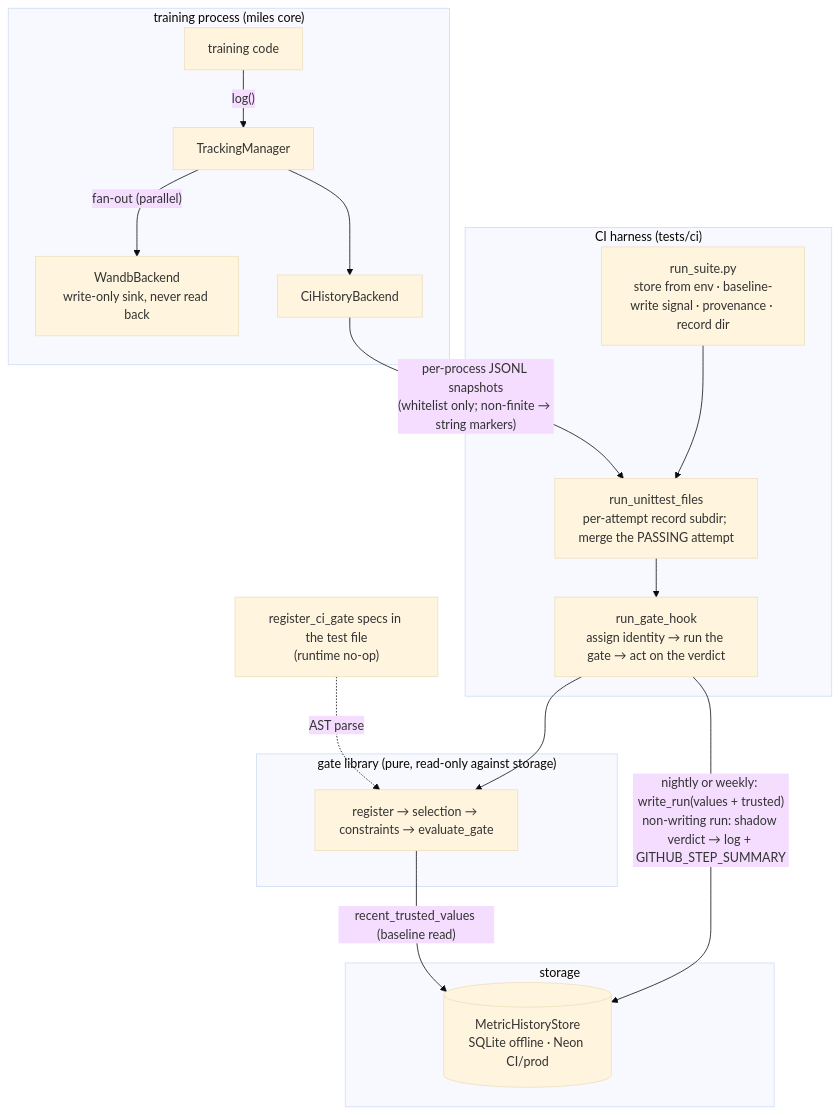
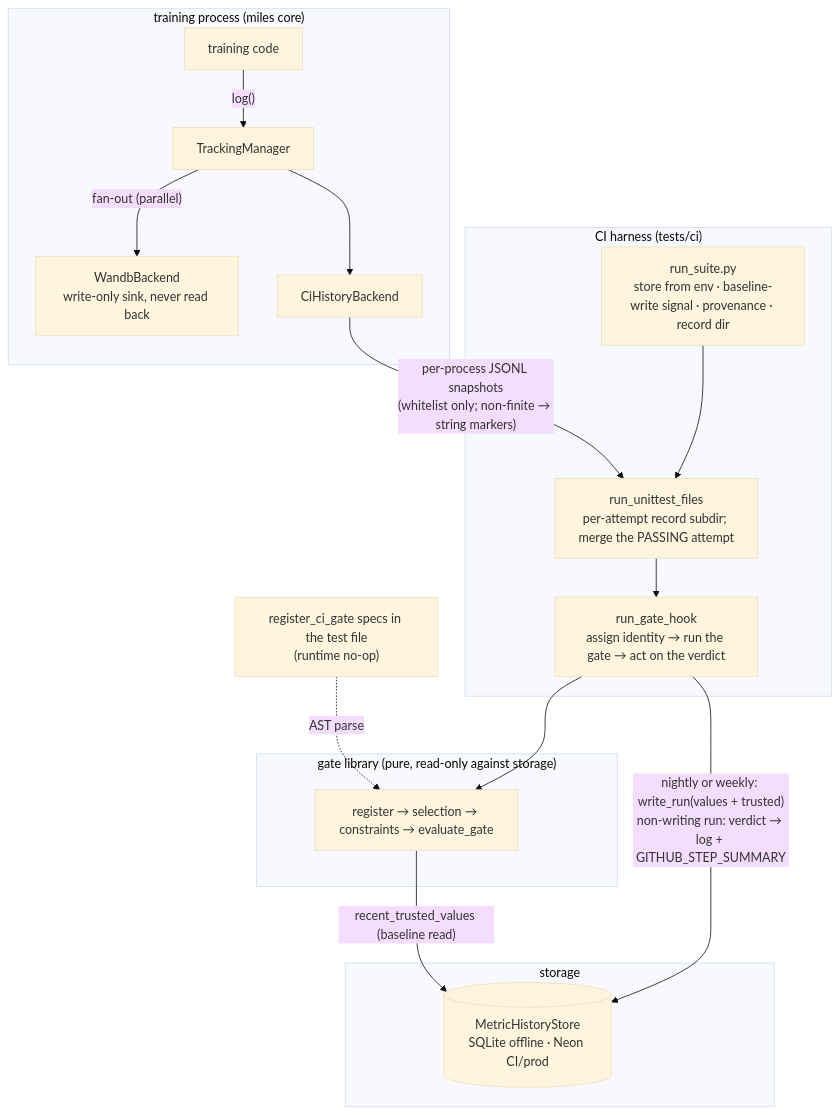
Before and after one commit to ADITHYAG73/miles: the first of 2 diagrams in docs/developer/ci/03-metric-history-gate.md, drawn with Mermaid (base theme). The commit also changed other lines of this file and 34 other files, not shown here.

````diff
--- a/docs/developer/ci/03-metric-history-gate.md
+++ b/docs/developer/ci/03-metric-history-gate.md
@@ -72,23 +72,23 @@
 ```mermaid
 flowchart TD
     subgraph training_process["training process (miles core)"]
         training_code["training code"] -- "log()" --> tracking_manager["TrackingManager"]
         tracking_manager -- "fan-out (parallel)" --> wandb_backend["WandbBackend<br>write-only sink, never read back"]
         tracking_manager --> ci_history_backend["CiHistoryBackend"]
     end
     ci_history_backend -- "per-process JSONL snapshots<br>(whitelist only; non-finite → string markers)" --> run_unittest_files
     subgraph ci_harness["CI harness (tests/ci)"]
         run_suite["run_suite.py<br>store from env · baseline-write signal · provenance · record dir"] --> run_unittest_files["run_unittest_files<br>per-attempt record subdir; merge the PASSING attempt"]
         run_unittest_files --> run_gate_hook["run_gate_hook<br>assign identity → run the gate → act on the verdict"]
     end
     gate_specs["register_ci_gate specs in the test file<br>(runtime no-op)"] -. "AST parse" .-> evaluate_gate
     run_gate_hook --> evaluate_gate
     subgraph gate_library["gate library (pure, read-only against storage)"]
         evaluate_gate["register → selection → constraints → evaluate_gate"]
     end
     evaluate_gate -- "recent_trusted_values (baseline read)" --> metric_store
-    run_gate_hook -- "nightly or weekly: write_run(values + trusted)<br>non-writing run: shadow verdict → log + GITHUB_STEP_SUMMARY" --> metric_store
+    run_gate_hook -- "nightly or weekly: write_run(values + trusted)<br>non-writing run: verdict → log + GITHUB_STEP_SUMMARY" --> metric_store
     subgraph storage
         metric_store[("MetricHistoryStore<br>SQLite offline · Neon CI/prod")]
     end
 ```
````
